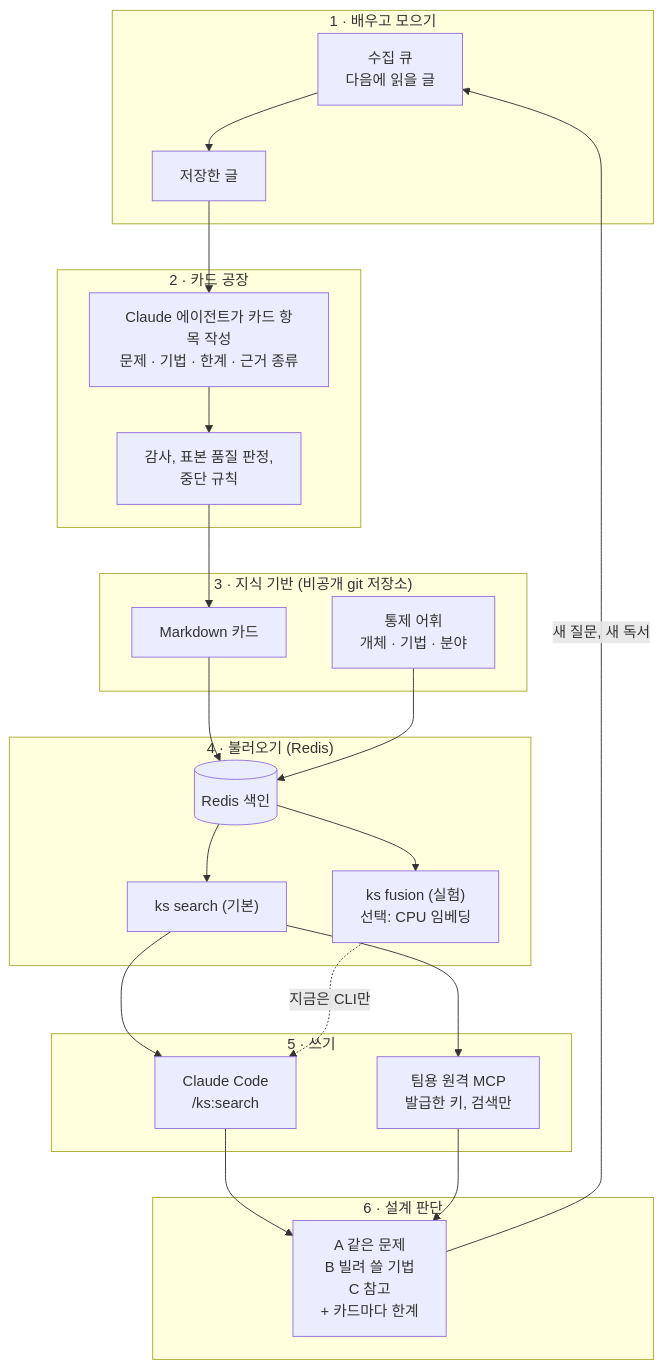
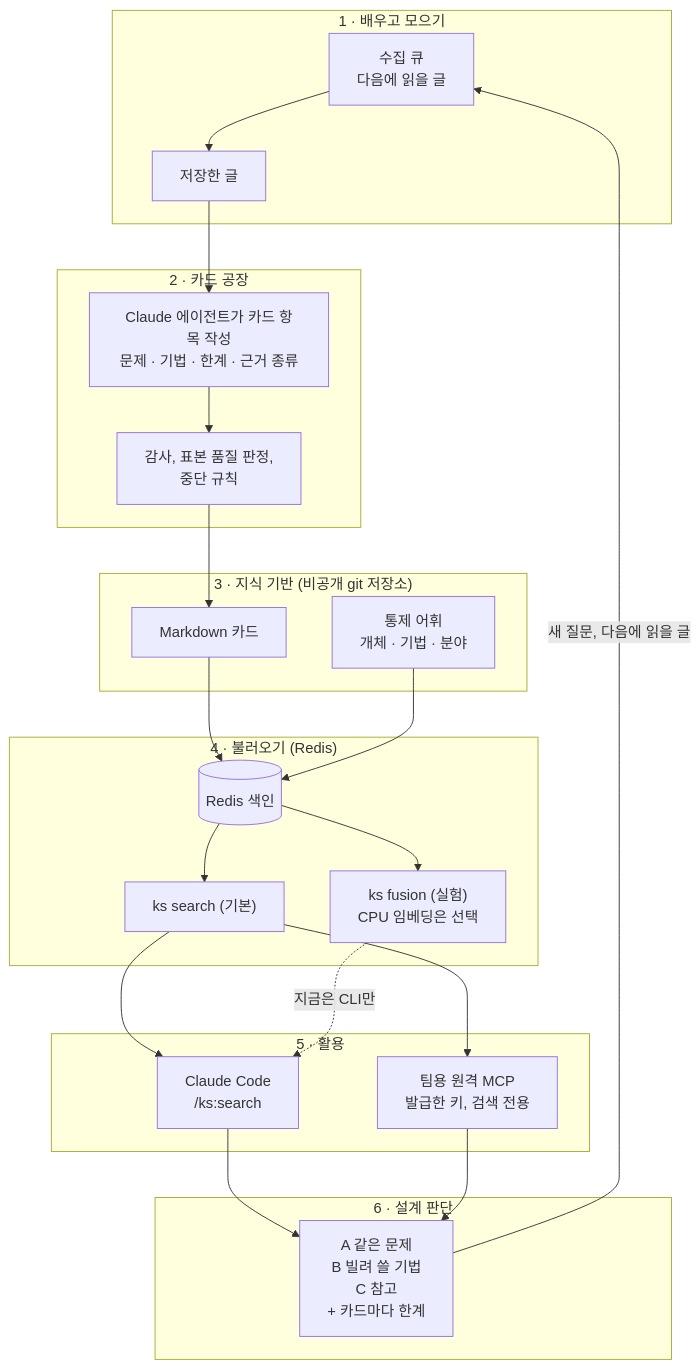
Before and after one commit to ai-dev-methodologies/knowledge-scout: the second of 3 diagrams in README.ko.md, drawn with Mermaid. The commit also changed other lines of this file and 1 other file, not shown here.

First line of the commit message:
docs: README rewritten with writing skills — overview, concept and impact, origin story, architecture

````diff
--- a/README.ko.md
+++ b/README.ko.md
@@ -43,31 +63,31 @@
 ```mermaid
 flowchart TB
     subgraph S1["1 · 배우고 모으기"]
         Q["수집 큐<br/>다음에 읽을 글"] --> SA["저장한 글"]
     end
     subgraph S2["2 · 카드 공장"]
         CW["Claude 에이전트가 카드 항목 작성<br/>문제 · 기법 · 한계 · 근거 종류"] --> QC["감사, 표본 품질 판정,<br/>중단 규칙"]
     end
     subgraph S3["3 · 지식 기반 (비공개 git 저장소)"]
         CM["Markdown 카드"]
         VO["통제 어휘<br/>개체 · 기법 · 분야"]
     end
     subgraph S4["4 · 불러오기 (Redis)"]
         IX[("Redis 색인")] --> KS["ks search (기본)"]
-        IX --> KF["ks fusion (실험)<br/>선택: CPU 임베딩"]
+        IX --> KF["ks fusion (실험)<br/>CPU 임베딩은 선택"]
     end
-    subgraph S5["5 · 쓰기"]
+    subgraph S5["5 · 활용"]
         CC["Claude Code<br/>/ks:search"]
-        MC["팀용 원격 MCP<br/>발급한 키, 검색만"]
+        MC["팀용 원격 MCP<br/>발급한 키, 검색 전용"]
     end
     subgraph S6["6 · 설계 판단"]
         DD["A 같은 문제<br/>B 빌려 쓸 기법<br/>C 참고<br/>+ 카드마다 한계"]
     end
     SA --> CW
     QC --> CM
     CM & VO --> IX
     KS --> CC & MC
     KF -.->|"지금은 CLI만"| CC
     CC & MC --> DD
-    DD -->|"새 질문, 새 독서"| Q
+    DD -->|"새 질문, 다음에 읽을 글"| Q
 ```
````
